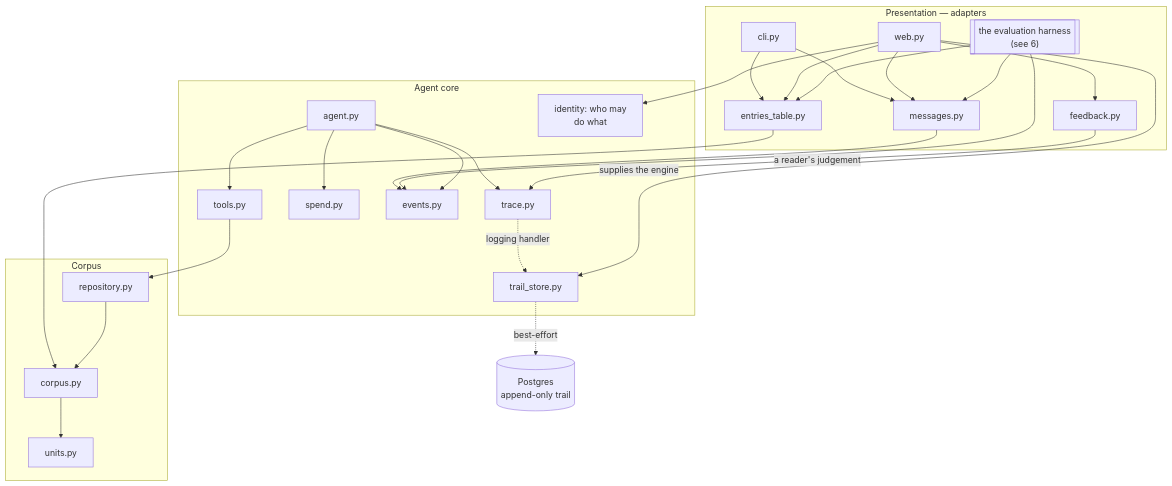
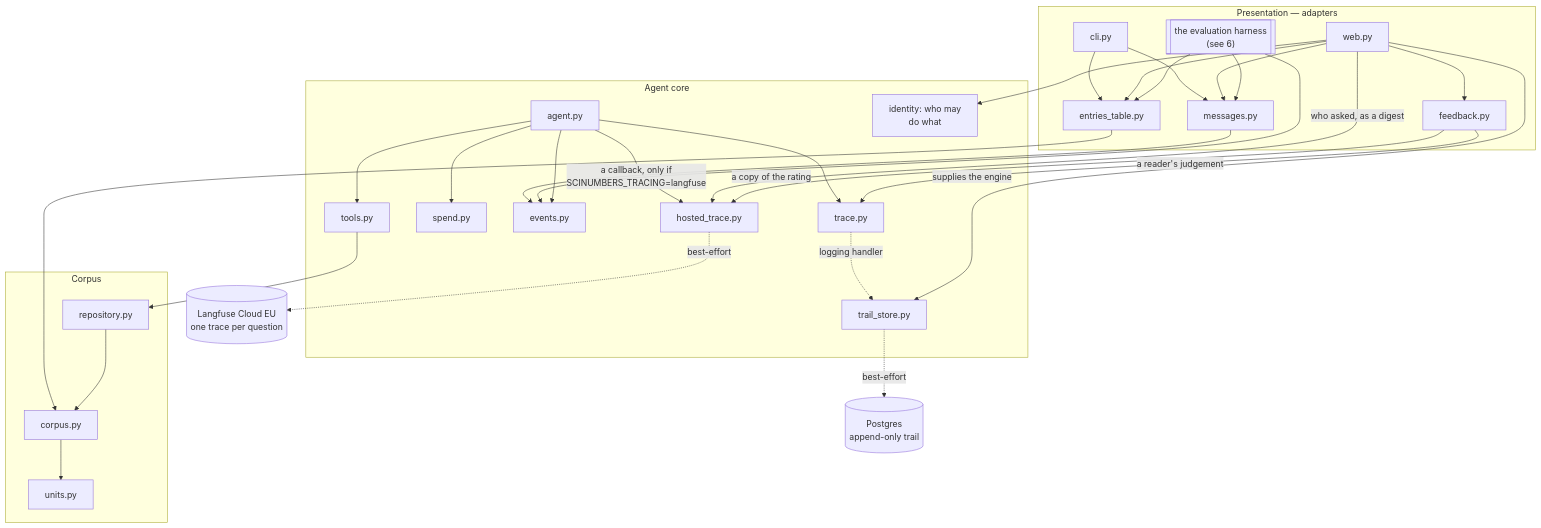
The third of 7 diagrams in docs/diagrams/architecture.md (DukeOfErl/Numera), drawn with Mermaid before and after one commit. The commit also changed other lines of this file and 9 other files, not shown here.

First line of the commit message:
add-hosted-tracing 5.4: ADRs 1000-1020, README, diagram, CLAUDE.md, roadmap, CHANGELOG

````diff
--- a/docs/diagrams/architecture.md
+++ b/docs/diagrams/architecture.md
@@ -88,49 +88,55 @@
 ```mermaid
 flowchart TB
     subgraph presentation["Presentation — adapters"]
         cli[cli.py]
         web[web.py]
         harness[["the evaluation harness<br/>(see 6)"]]
         messages[messages.py]
         table[entries_table.py]
         fb[feedback.py]
     end
     subgraph core["Agent core"]
         agent[agent.py]
         tools[tools.py]
         spend[spend.py]
         events[events.py]
         trace[trace.py]
         store[trail_store.py]
+        ht[hosted_trace.py]
         identity[identity: who may<br/>do what]
     end
     subgraph data["Corpus"]
         corpus[corpus.py]
         repo[repository.py]
         units[units.py]
     end
     pg[("Postgres<br/>append-only trail")]
+    lf[("Langfuse Cloud EU<br/>one trace per question")]
 
     cli --> messages
     web --> messages
     harness --> messages
     messages --> events
     cli --> table
     web --> table
     harness --> table
     table --> corpus
     harness --> events
     agent --> tools
     agent --> spend
     agent --> events
     agent --> trace
     tools --> repo
     repo --> corpus
     corpus --> units
     trace -. "logging handler" .-> store
     store -. "best-effort" .-> pg
     web -- "supplies the engine" --> store
     web --> fb
     fb -- "a reader's judgement" --> trace
     web --> identity
+    agent -- "a callback, only if<br/>SCINUMBERS_TRACING=langfuse" --> ht
+    web -- "who asked, as a digest" --> ht
+    fb -- "a copy of the rating" --> ht
+    ht -. "best-effort" .-> lf
 ```
````
